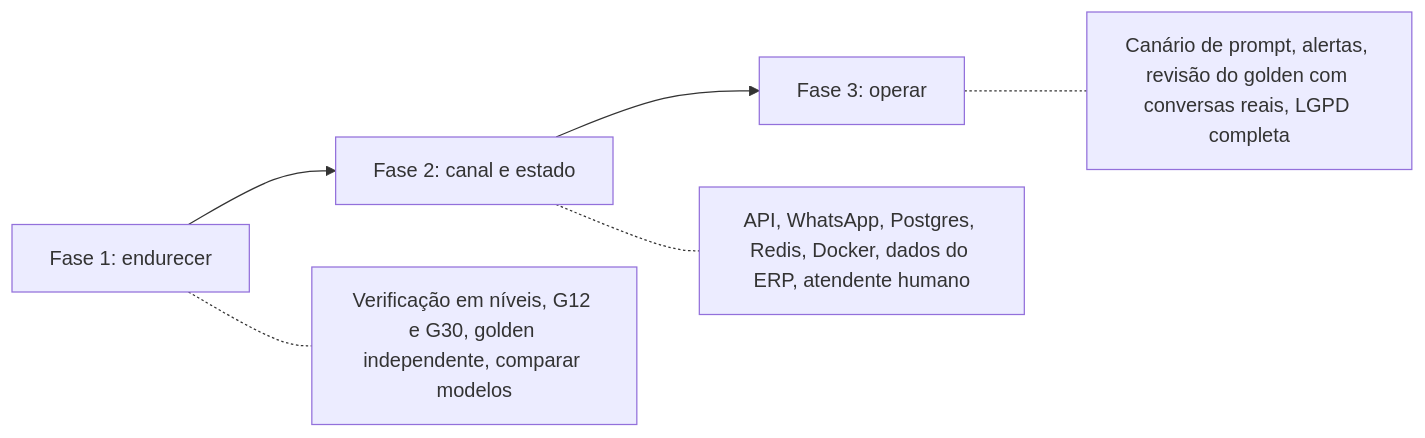
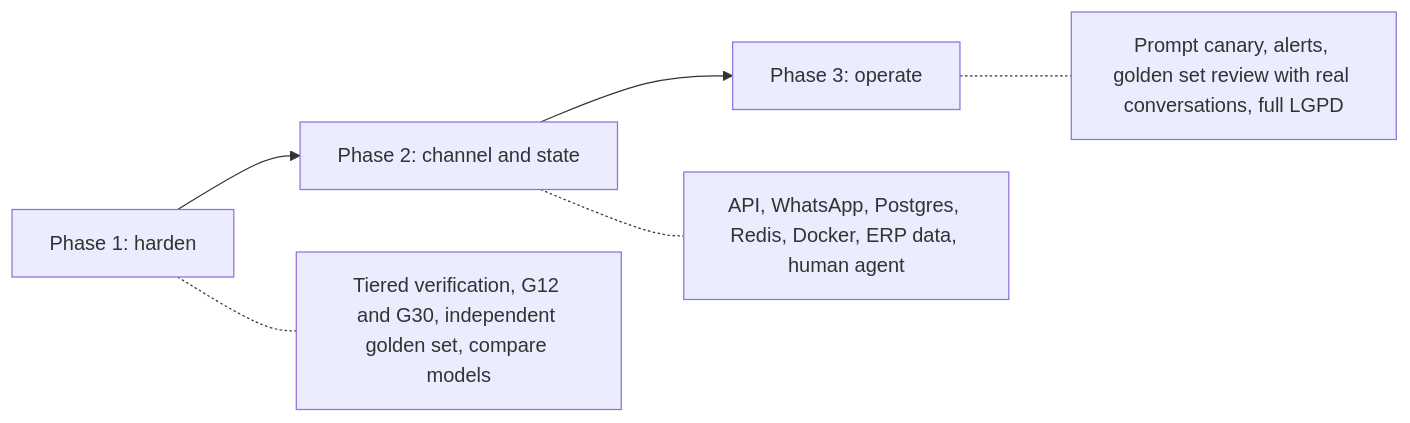
Before and after one commit to oericdacosta/emporio-assistant: the sixth of 6 diagrams in README.md, drawn with Mermaid. The commit also changed other lines of this file and 16 other files, not shown here.

````diff
--- a/README.md
+++ b/README.md
@@ -336,7 +344,7 @@
 ```mermaid
 flowchart LR
-    A["Fase 1: endurecer"] --> B["Fase 2: canal e estado"] --> C["Fase 3: operar"]
-    A -.- A1["Verificação em níveis, G12 e G30, golden independente, comparar modelos"]
-    B -.- B1["API, WhatsApp, Postgres, Redis, Docker, dados do ERP, atendente humano"]
-    C -.- C1["Canário de prompt, alertas, revisão do golden com conversas reais, LGPD completa"]
+    A["Phase 1: harden"] --> B["Phase 2: channel and state"] --> C["Phase 3: operate"]
+    A -.- A1["Tiered verification, G12 and G30, independent golden set, compare models"]
+    B -.- B1["API, WhatsApp, Postgres, Redis, Docker, ERP data, human agent"]
+    C -.- C1["Prompt canary, alerts, golden set review with real conversations, full LGPD"]
 ```
````
